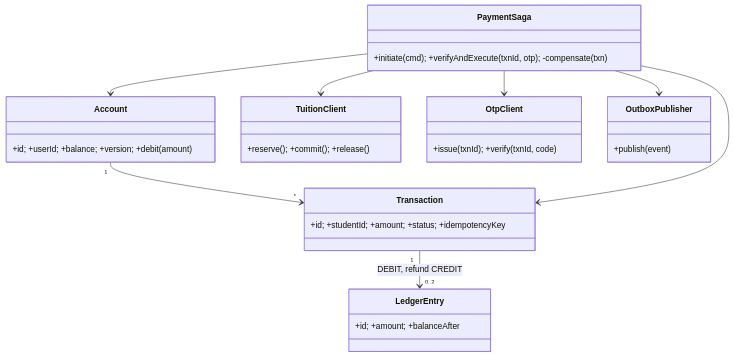
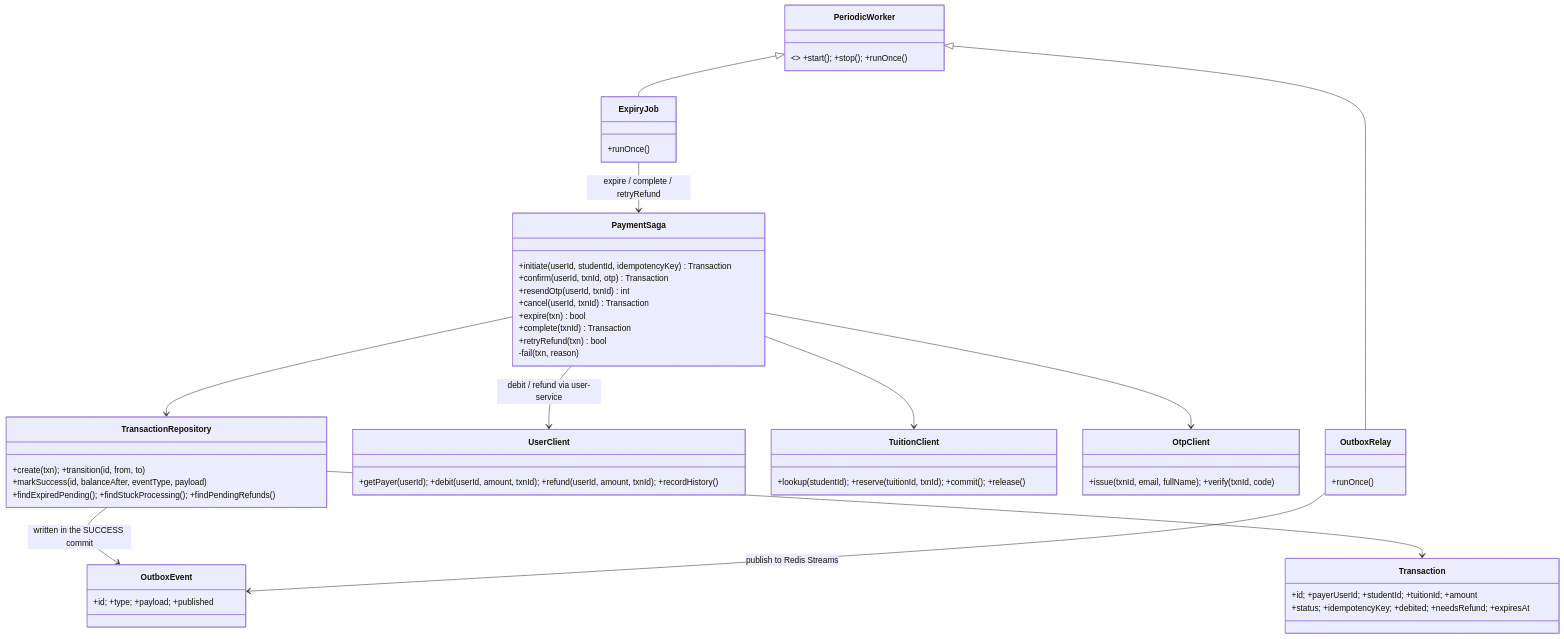
Before and after one commit to JamesJoys-vie/SOA-Midterm---iBanking-subsystem: the diagram in docs/diagrams/class.mmd, drawn with Mermaid. The commit also changed 2 other files, not shown here.

Commit message:
Fixed diagrams

```diff
--- a/docs/diagrams/class.mmd
+++ b/docs/diagrams/class.mmd
@@ -1,15 +1,40 @@
 classDiagram
-  class Account { +id; +userId; +balance; +version; +debit(amount) }
-  class Transaction { +id; +studentId; +amount; +status; +idempotencyKey }
-  class LedgerEntry { +id; +amount; +balanceAfter }
-  class PaymentSaga { +initiate(cmd); +verifyAndExecute(txnId, otp); -compensate(txn) }
-  class TuitionClient { +reserve(); +commit(); +release() }
-  class OtpClient { +issue(txnId); +verify(txnId, code) }
-  class OutboxPublisher { +publish(event) }
-  Account "1" --> "*" Transaction
-  Transaction "1" --> "0..2" LedgerEntry : DEBIT, refund CREDIT
-  PaymentSaga --> Account
-  PaymentSaga --> Transaction
+  %% payment-service (backend/services/payment_service/app). Accounts and the ledger belong to user-service:
+  %% the saga reaches them only through UserClient (REST), never directly.
+  class PaymentSaga {
+    +initiate(userId, studentId, idempotencyKey) Transaction
+    +confirm(userId, txnId, otp) Transaction
+    +resendOtp(userId, txnId) int
+    +cancel(userId, txnId) Transaction
+    +expire(txn) bool
+    +complete(txnId) Transaction
+    +retryRefund(txn) bool
+    -fail(txn, reason)
+  }
+  class Transaction {
+    +id; +payerUserId; +studentId; +tuitionId; +amount
+    +status; +idempotencyKey; +debited; +needsRefund; +expiresAt
+  }
+  class OutboxEvent { +id; +type; +payload; +published }
+  class TransactionRepository {
+    +create(txn); +transition(id, from, to)
+    +markSuccess(id, balanceAfter, eventType, payload)
+    +findExpiredPending(); +findStuckProcessing(); +findPendingRefunds()
+  }
+  class UserClient { +getPayer(userId); +debit(userId, amount, txnId); +refund(userId, amount, txnId); +recordHistory() }
+  class TuitionClient { +lookup(studentId); +reserve(tuitionId, txnId); +commit(); +release() }
+  class OtpClient { +issue(txnId, email, fullName); +verify(txnId, code) }
+  class PeriodicWorker { <<abstract>> +start(); +stop(); +runOnce() }
+  class OutboxRelay { +runOnce() }
+  class ExpiryJob { +runOnce() }
+
+  PaymentSaga --> TransactionRepository
+  PaymentSaga --> UserClient : debit / refund via user-service
   PaymentSaga --> TuitionClient
   PaymentSaga --> OtpClient
-  PaymentSaga --> OutboxPublisher
+  TransactionRepository --> Transaction
+  TransactionRepository --> OutboxEvent : written in the SUCCESS commit
+  PeriodicWorker <|-- OutboxRelay
+  PeriodicWorker <|-- ExpiryJob
+  OutboxRelay --> OutboxEvent : publish to Redis Streams
+  ExpiryJob --> PaymentSaga : expire / complete / retryRefund
```
